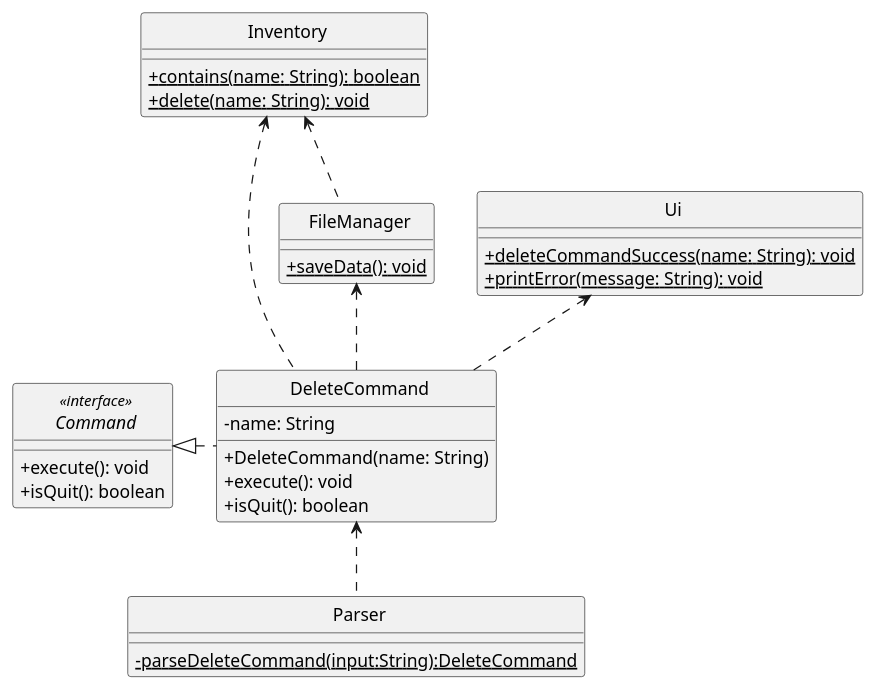
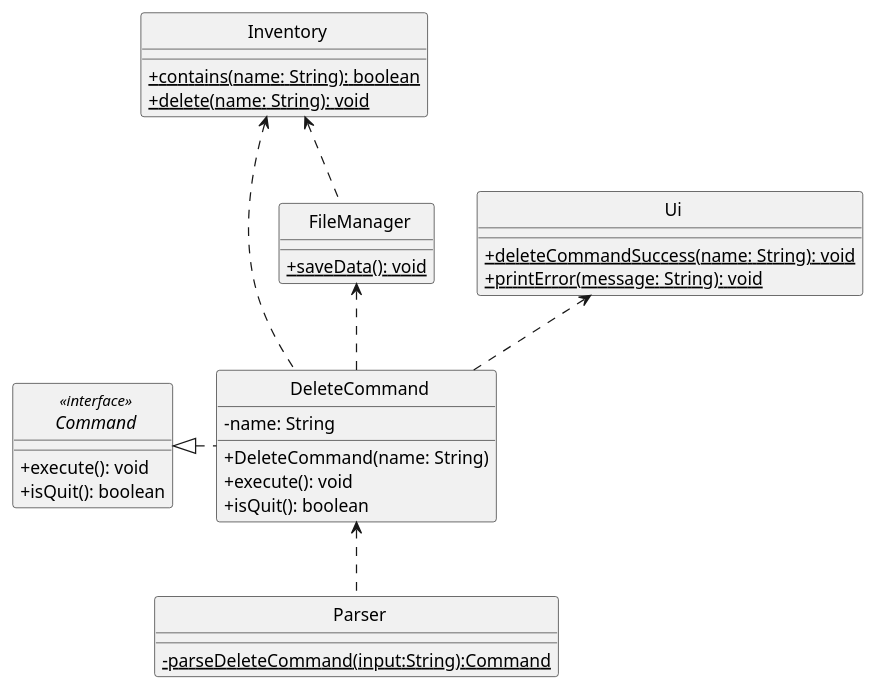
Before and after one commit to rismm/tp: the first of 2 diagrams in docs/uml-diagrams/DeleteCommand.puml, drawn with PlantUML. The commit also changed 31 other files, not shown here.

Commit message:
Add Revenue and Profit UML, Edit return type in other Command UMLs

```diff
--- a/docs/uml-diagrams/DeleteCommand.puml
+++ b/docs/uml-diagrams/DeleteCommand.puml
@@ -1,50 +1,50 @@
 @startuml
 'https://plantuml.com/sequence-diagram
 skinparam classAttributeIconSize 0
 skinparam CircledCharacterFontSize 0
 skinparam CircledCharacterRadius 0
 
 abstract class Command
 class Inventory
 class FileManager
 class Ui
 class Parser
 class DeleteCommand
 
 Command <|. DeleteCommand
 Inventory <.. DeleteCommand
 FileManager <.. DeleteCommand
 Inventory <.. FileManager
 DeleteCommand <.. Parser
 Ui <.. DeleteCommand
 
 interface Command <<interface>> {
     + execute(): void
     + isQuit(): boolean
 }
 
 class DeleteCommand {
     - name: String
     + DeleteCommand(name: String)
     + execute(): void
     + isQuit(): boolean
 }
 
 class Inventory {
     {static} + contains(name: String): boolean
     {static} + delete(name: String): void
 }
 
 class FileManager {
     {static} + saveData(): void
 }
 
 class Ui {
     {static} + deleteCommandSuccess(name: String): void
     {static} + printError(message: String): void
 }
 
 class Parser {
-    {static}-parseDeleteCommand(input:String):DeleteCommand
+    {static}-parseDeleteCommand(input:String):Command
 }
 @enduml
```
